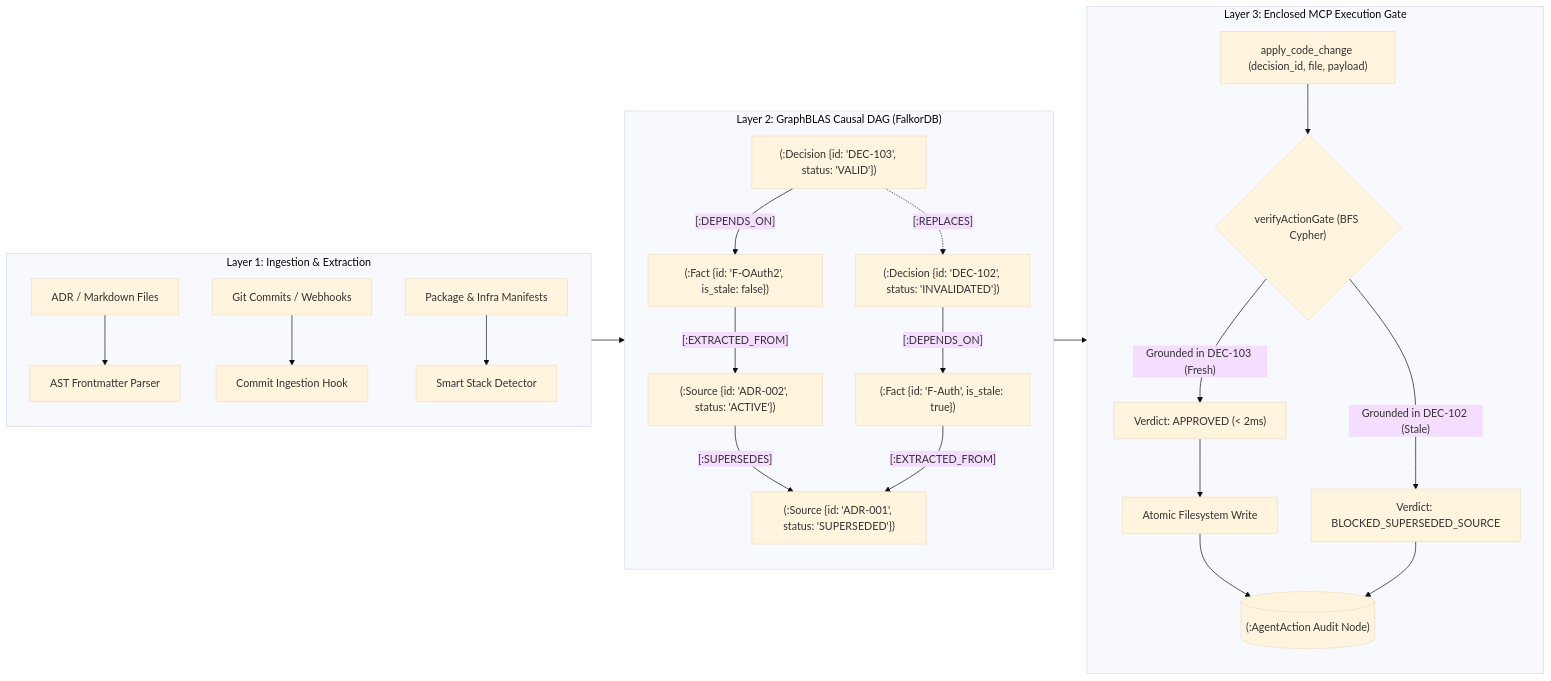
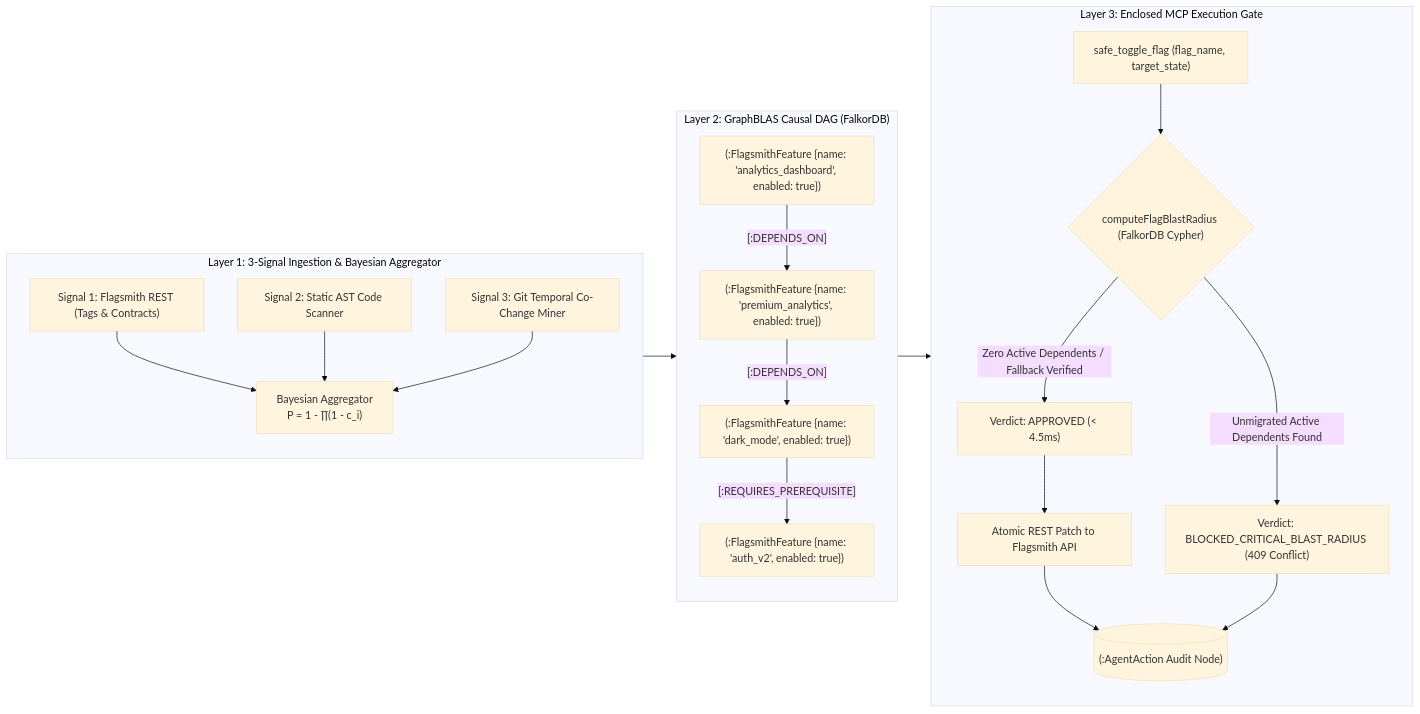
One commit to CAVDAX/CAVDAX-FlagSmith changed the fourth of 6 diagrams in README.md. Above: the diagram before and after it, drawn with Mermaid (base theme). The commit also changed other lines of this file and 20 other files, not shown here.

````diff
--- a/README.md
+++ b/README.md
@@ -485,41 +549,36 @@
 ```mermaid
 graph LR
-    subgraph Ingestion_Layer["Layer 1: Ingestion & Extraction"]
-        ADRDoc["ADR / Markdown Files"] --> ASTParser["AST Frontmatter Parser"]
-        GitCommit["Git Commits / Webhooks"] --> IngestCommit["Commit Ingestion Hook"]
-        StackManifests["Package & Infra Manifests"] --> StackDetector["Smart Stack Detector"]
+    subgraph Ingestion_Layer["Layer 1: 3-Signal Ingestion & Bayesian Aggregator"]
+        Sig1["Signal 1: Flagsmith REST (Tags & Contracts)"] --> Bayes["Bayesian Aggregator<br/>P = 1 - ∏(1 - c_i)"]
+        Sig2["Signal 2: Static AST Code Scanner"] --> Bayes
+        Sig3["Signal 3: Git Temporal Co-Change Miner"] --> Bayes
     end
 
     subgraph Causal_Matrix["Layer 2: GraphBLAS Causal DAG (FalkorDB)"]
         direction TB
-        S1["(:Source {id: 'ADR-001', status: 'SUPERSEDED'})"]
-        S2["(:Source {id: 'ADR-002', status: 'ACTIVE'})"]
-        F1["(:Fact {id: 'F-Auth', is_stale: true})"]
-        F2["(:Fact {id: 'F-OAuth2', is_stale: false})"]
-        D1["(:Decision {id: 'DEC-102', status: 'INVALIDATED'})"]
-        D2["(:Decision {id: 'DEC-103', status: 'VALID'})"]
-        
-        S2 -- "[:SUPERSEDES]" --> S1
-        F1 -- "[:EXTRACTED_FROM]" --> S1
-        F2 -- "[:EXTRACTED_FROM]" --> S2
-        D1 -- "[:DEPENDS_ON]" --> F1
-        D2 -- "[:DEPENDS_ON]" --> F2
-        D2 -. "[:REPLACES]" .-> D1
+        F1["(:FlagsmithFeature {name: 'auth_v2', enabled: true})"]
+        F2["(:FlagsmithFeature {name: 'dark_mode', enabled: true})"]
+        F3["(:FlagsmithFeature {name: 'premium_analytics', enabled: true})"]
+        F4["(:FlagsmithFeature {name: 'analytics_dashboard', enabled: true})"]
+
+        F2 -- "[:REQUIRES_PREREQUISITE]" --> F1
+        F3 -- "[:DEPENDS_ON]" --> F2
+        F4 -- "[:DEPENDS_ON]" --> F3
     end
 
     subgraph Gating_Layer["Layer 3: Enclosed MCP Execution Gate"]
-        MCPTool["apply_code_change (decision_id, file, payload)"]
-        GateLogic{"verifyActionGate (BFS Cypher)"}
-        Approved["Verdict: APPROVED (< 2ms)"]
-        Blocked["Verdict: BLOCKED_SUPERSEDED_SOURCE"]
-        DiskWrite["Atomic Filesystem Write"]
+        MCPTool["safe_toggle_flag (flag_name, target_state)"]
+        GateLogic{"computeFlagBlastRadius (FalkorDB Cypher)"}
+        Approved["Verdict: APPROVED (< 4.5ms)"]
+        Blocked["Verdict: BLOCKED_CRITICAL_BLAST_RADIUS (409 Conflict)"]
+        FlagsmithPatch["Atomic REST Patch to Flagsmith API"]
         AuditLedger[("(:AgentAction Audit Node)")]
 
         MCPTool --> GateLogic
-        GateLogic -- "Grounded in DEC-103 (Fresh)" --> Approved --> DiskWrite --> AuditLedger
-        GateLogic -- "Grounded in DEC-102 (Stale)" --> Blocked --> AuditLedger
+        GateLogic -- "Zero Active Dependents / Fallback Verified" --> Approved --> FlagsmithPatch --> AuditLedger
+        GateLogic -- "Unmigrated Active Dependents Found" --> Blocked --> AuditLedger
     end
 
     Ingestion_Layer --> Causal_Matrix
     Causal_Matrix --> Gating_Layer
 ```
````
